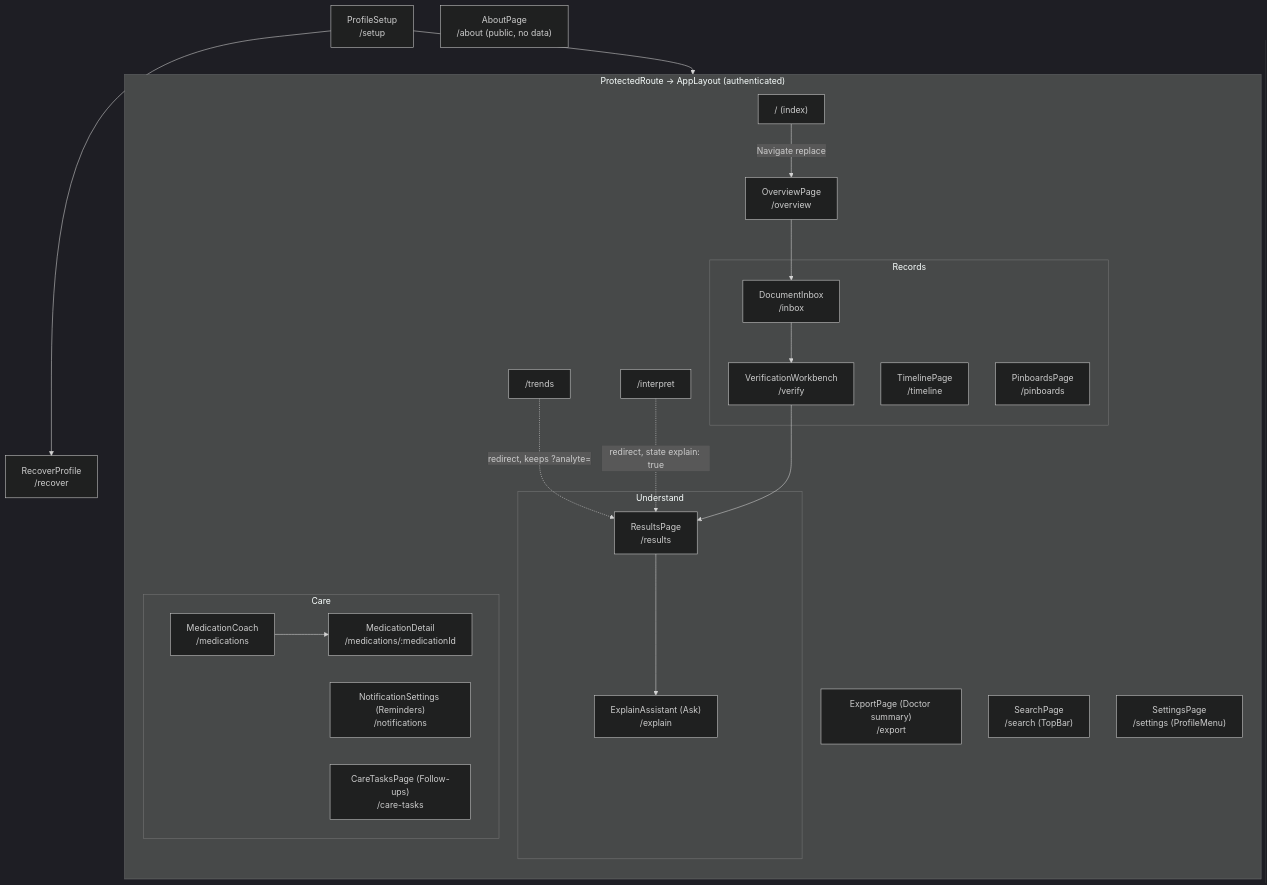
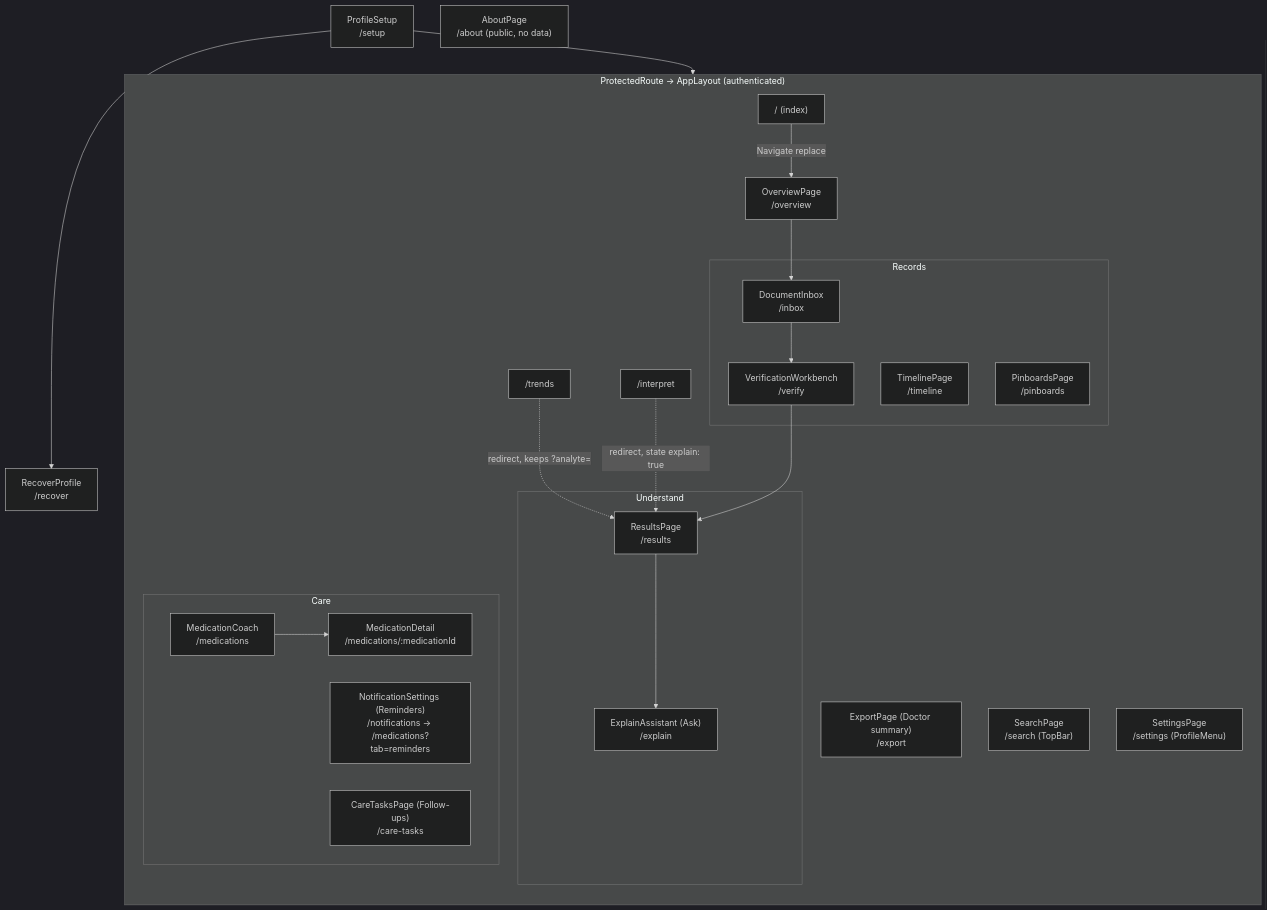
One commit to BrooklynD23/HealthCentral changed the first of 4 diagrams in docs/architecture/frontend.md. Above: the diagram before and after it, drawn with Mermaid (dark theme). The commit also changed other lines of this file, not shown here.

Commit message:
docs: frontend map notes the /notifications shim and the sign-in landing (DOCS-AUDIT-1106)

````diff
--- a/docs/architecture/frontend.md
+++ b/docs/architecture/frontend.md
@@ -17,41 +17,41 @@
 ```mermaid
 flowchart TD
     SETUP["ProfileSetup<br/>/setup"] --> RECOVER["RecoverProfile<br/>/recover"]
     ABOUT["AboutPage<br/>/about (public, no data)"]
     SETUP --> APP
 
     subgraph APP["ProtectedRoute → AppLayout (authenticated)"]
         direction TB
         INDEX["/ (index)"] -->|"Navigate replace"| OVERVIEW["OverviewPage<br/>/overview"]
 
         subgraph records["Records"]
             INBOX["DocumentInbox<br/>/inbox"]
             VERIFY["VerificationWorkbench<br/>/verify"]
             TIMELINE["TimelinePage<br/>/timeline"]
             PINS["PinboardsPage<br/>/pinboards"]
         end
 
         subgraph understand["Understand"]
             RESULTS["ResultsPage<br/>/results"]
             EXPLAIN["ExplainAssistant (Ask)<br/>/explain"]
         end
 
         subgraph care["Care"]
             MEDS["MedicationCoach<br/>/medications"]
             MEDDET["MedicationDetail<br/>/medications/:medicationId"]
-            NOTIF["NotificationSettings (Reminders)<br/>/notifications"]
+            NOTIF["NotificationSettings (Reminders)<br/>/notifications → /medications?tab=reminders"]
             TASKS["CareTasksPage (Follow-ups)<br/>/care-tasks"]
         end
 
         EXPORT["ExportPage (Doctor summary)<br/>/export"]
         SEARCH["SearchPage<br/>/search (TopBar)"]
         SETTINGS["SettingsPage<br/>/settings (ProfileMenu)"]
 
         TRENDS["/trends"] -.->|"redirect, keeps ?analyte="| RESULTS
         INTERP["/interpret"] -.->|"redirect, state explain: true"| RESULTS
     end
 
     OVERVIEW --> INBOX --> VERIFY --> RESULTS
     RESULTS --> EXPLAIN
     MEDS --> MEDDET
 ```
````
